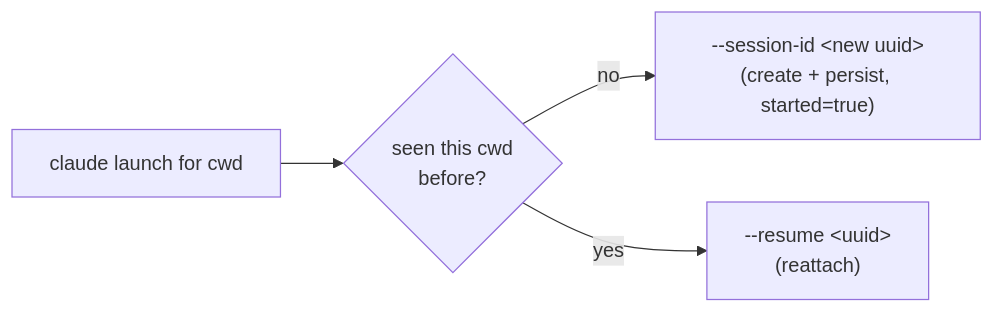
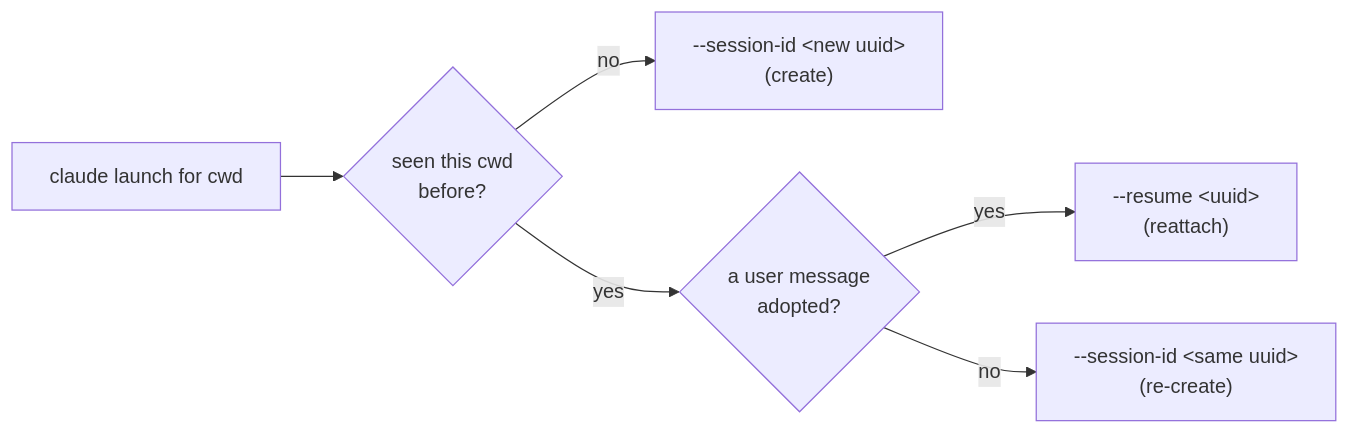
The diagram in docs/specs/claude-session-resume.md (Kapps/weavie), drawn with Mermaid before and after one commit. The commit also changed other lines of this file and 4 other files, not shown here.

````diff
--- a/docs/specs/claude-session-resume.md
+++ b/docs/specs/claude-session-resume.md
@@ -25,6 +34,8 @@
 ```mermaid
 flowchart LR
     L["claude launch for cwd"] --> Q{"seen this cwd<br/>before?"}
-    Q -- no --> N["--session-id &lt;new uuid&gt;<br/>(create + persist, started=true)"]
-    Q -- yes --> R["--resume &lt;uuid&gt;<br/>(reattach)"]
+    Q -- no --> N["--session-id &lt;new uuid&gt;<br/>(create)"]
+    Q -- yes --> A{"a user message<br/>adopted?"}
+    A -- yes --> R["--resume &lt;uuid&gt;<br/>(reattach)"]
+    A -- no --> C["--session-id &lt;same uuid&gt;<br/>(re-create)"]
 ```
````
